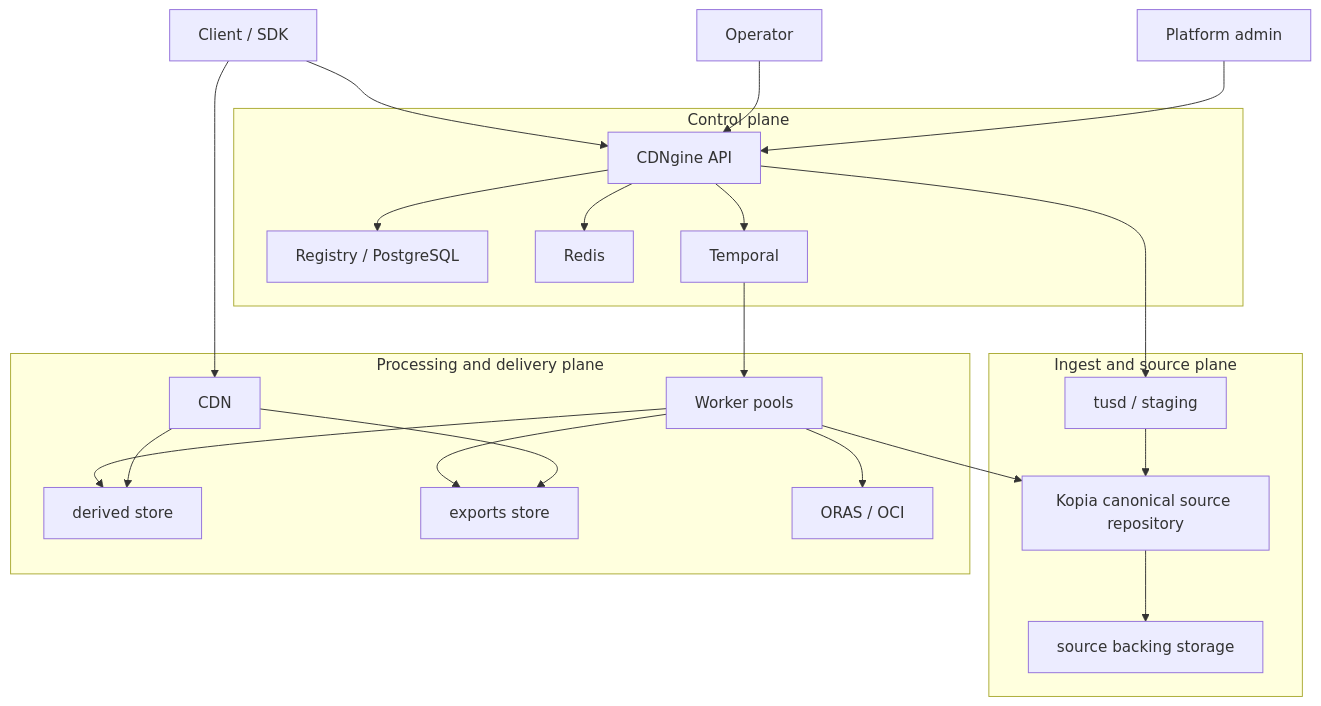
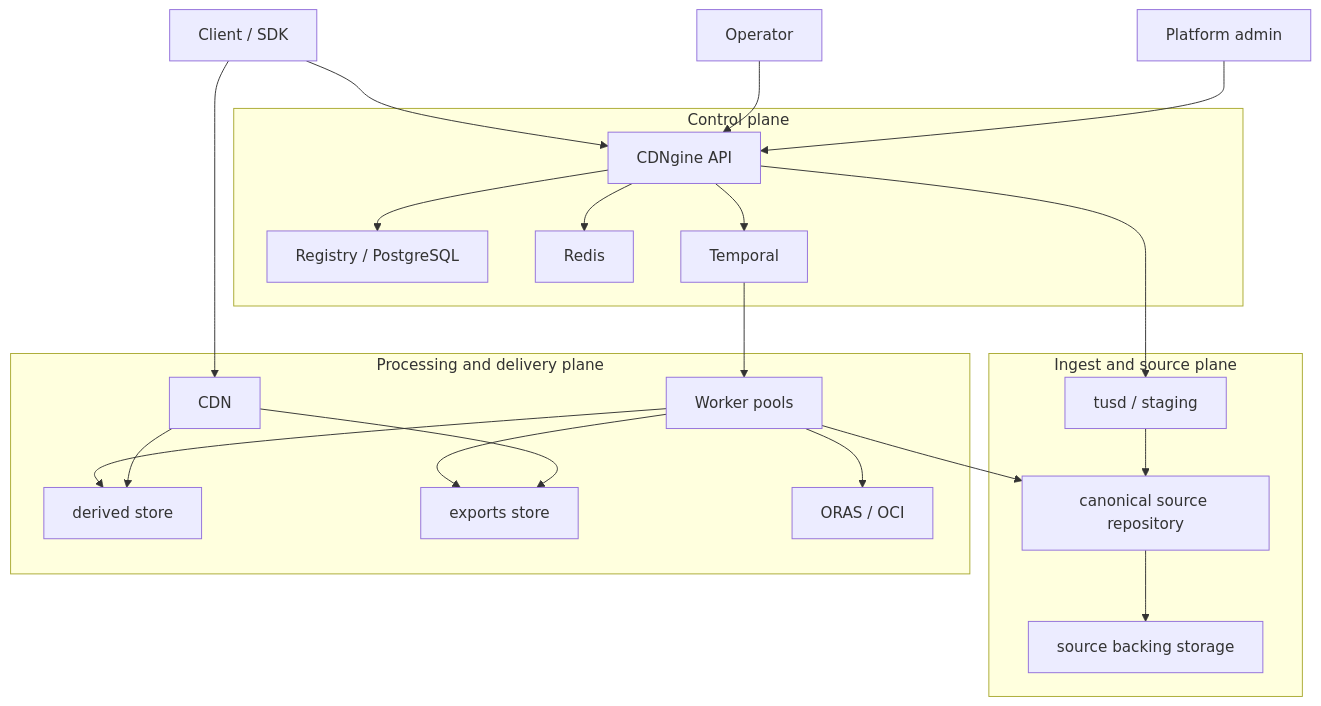
Before and after one commit to Yeusepe/cdngine: the first of 10 diagrams in docs/architecture.md, drawn with Mermaid. The commit also changed other lines of this file and 85 other files, not shown here.

First line of the commit message:
Add canonical source materialization and Xet default

````diff
--- a/docs/architecture.md
+++ b/docs/architecture.md
@@ -41,42 +41,42 @@
 ```mermaid
 flowchart TB
     Client["Client / SDK"] --> API["CDNgine API"]
     Operator["Operator"] --> API
     Admin["Platform admin"] --> API
 
     subgraph Control["Control plane"]
         API
         Registry["Registry / PostgreSQL"]
         Redis["Redis"]
         Temporal["Temporal"]
     end
 
     subgraph Source["Ingest and source plane"]
         Tusd["tusd / staging"]
-        SourceRepo["Kopia canonical source repository"]
+        SourceRepo["canonical source repository"]
         SourceBacking["source backing storage"]
     end
 
     subgraph Delivery["Processing and delivery plane"]
         Workers["Worker pools"]
         Derived["derived store"]
         Exports["exports store"]
         OCI["ORAS / OCI"]
         CDN["CDN"]
     end
 
     API --> Tusd
     API --> Registry
     API --> Redis
     API --> Temporal
     Tusd --> SourceRepo
     SourceRepo --> SourceBacking
     Temporal --> Workers
     Workers --> SourceRepo
     Workers --> Derived
     Workers --> Exports
     Workers --> OCI
     Client --> CDN
     CDN --> Derived
     CDN --> Exports
 ```
````
